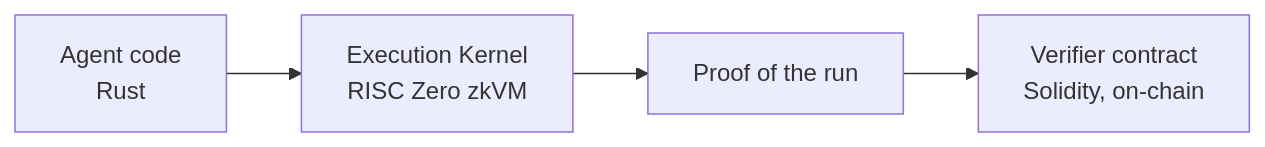
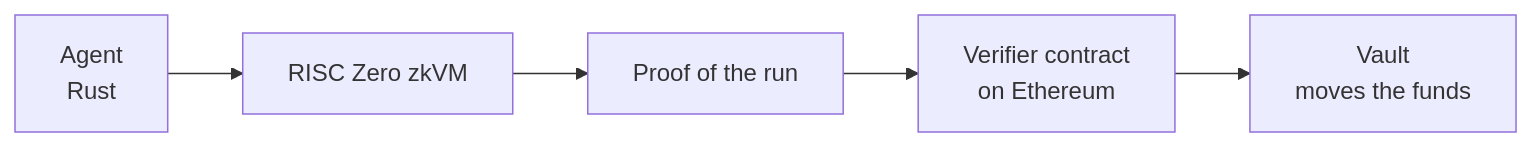
The diagram in README.md (Mehd1b/Mehd1b), drawn with Mermaid before and after one commit. The commit also changed other lines of this file, not shown here.

````diff
--- a/README.md
+++ b/README.md
@@ -62,6 +76,7 @@
 ```mermaid
 flowchart LR
-    A["Agent code<br/>Rust"] --> B["Execution Kernel<br/>RISC Zero zkVM"]
+    A["Agent<br/>Rust"] --> B["RISC Zero zkVM"]
     B --> C["Proof of the run"]
-    C --> D["Verifier contract<br/>Solidity, on-chain"]
+    C --> D["Verifier contract<br/>on Ethereum"]
+    D --> E["Vault<br/>moves the funds"]
 ```
````
